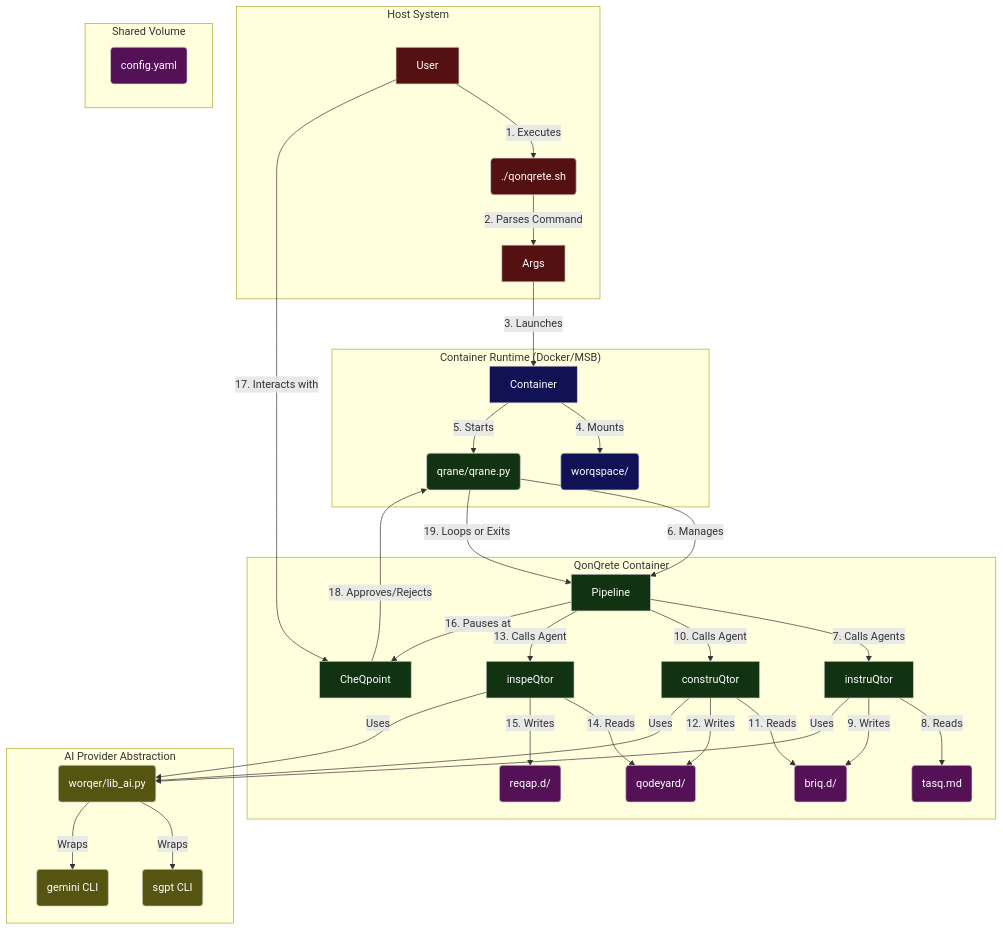
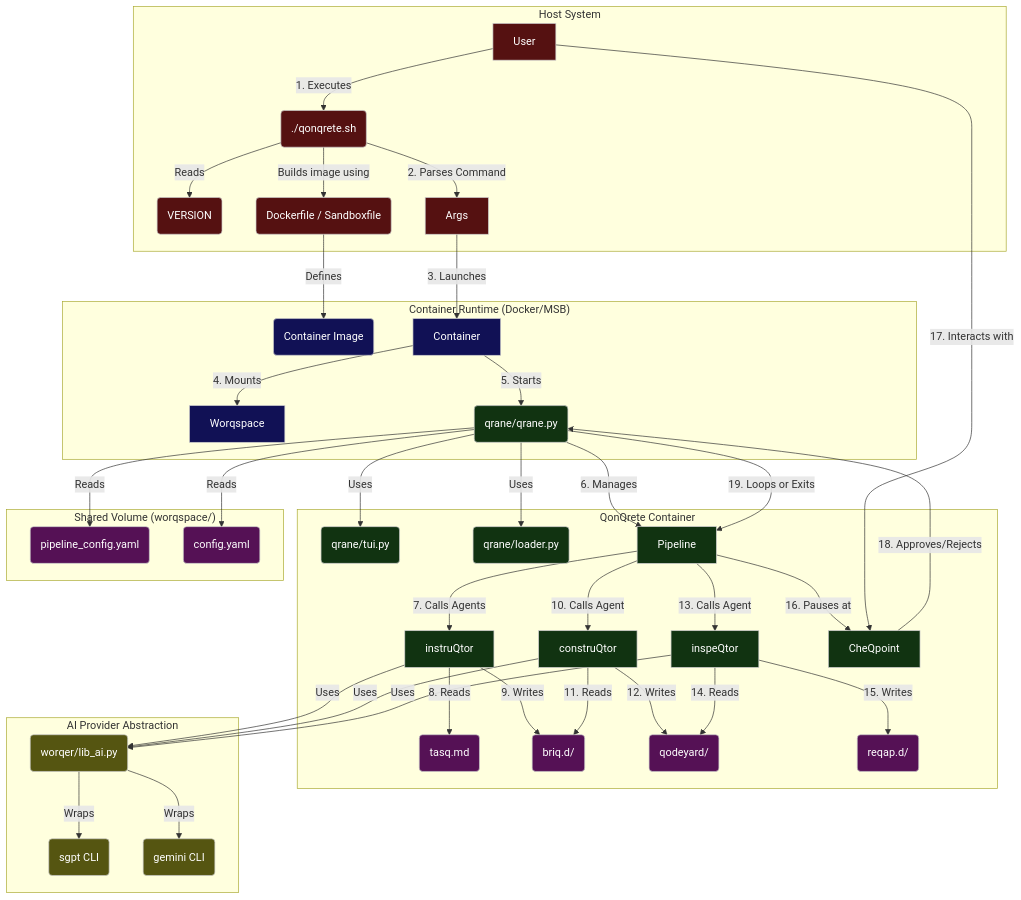
The diagram in ARCHITECTURE.md (illdynamics/qonqrete), drawn with Mermaid before and after one commit.

Commit message:
docs: Enhance architecture diagram with more detail

````diff
--- a/ARCHITECTURE.md
+++ b/ARCHITECTURE.md
@@ -5,61 +5,67 @@
 ```mermaid
 graph TD
     subgraph Host System
-        User -- 1. Executes --> Shell;
-        Shell(./qonqrete.sh) -- 2. Parses Command --> Args;
+        User -- 1. Executes --> Shell(./qonqrete.sh);
+        Shell -- Reads --> VersionFile(VERSION);
+        Shell -- Builds image using --> BuildFiles(Dockerfile / Sandboxfile);
+        Shell -- 2. Parses Command --> Args;
     end
 
     subgraph "Container Runtime (Docker/MSB)"
+        BuildFiles -- Defines --> Image(Container Image);
         Args -- 3. Launches --> Container;
         Container -- 4. Mounts --> Worqspace;
         Container -- 5. Starts --> Qrane;
     end
 
     subgraph "QonQrete Container"
-        Qrane(qrane/qrane.py) -- 6. Manages --> Pipeline;
+        Qrane(qrane/qrane.py) -- Uses --> TUI(qrane/tui.py);
+        Qrane -- Uses --> Loader(qrane/loader.py);
+        Qrane -- 6. Manages --> Pipeline;
         Pipeline -- 7. Calls Agents --> instruQtor;
         instruQtor -- 8. Reads --> TasQ;
         instruQtor -- 9. Writes --> BriQs;
         Pipeline -- 10. Calls Agent --> construQtor;
         construQtor -- 11. Reads --> BriQs;
         construQtor -- 12. Writes --> Qodeyard;
         Pipeline -- 13. Calls Agent --> inspeQtor;
         inspeQtor -- 14. Reads --> Qodeyard;
         inspeQtor -- 15. Writes --> ReQap;
         Pipeline -- 16. Pauses at --> CheQpoint;
     end
 
-    subgraph "Shared Volume"
-        Worqspace(worqspace/);
+    subgraph "Shared Volume (worqspace/)"
+        Worqspace;
+        Qrane -- Reads --> PConfig(pipeline_config.yaml);
+        Qrane -- Reads --> Config(config.yaml);
         TasQ(tasq.md);
         BriQs(briq.d/);
         Qodeyard(qodeyard/);
         ReQap(reqap.d/);
-        Config(config.yaml);
     end
 
     subgraph "AI Provider Abstraction"
         LibAI(worqer/lib_ai.py);
         instruQtor -- Uses --> LibAI;
         construQtor -- Uses --> LibAI;
         inspeQtor -- Uses --> LibAI;
         LibAI -- Wraps --> SGPT(sgpt CLI);
         LibAI -- Wraps --> Gemini(gemini CLI);
     end
 
     User -- 17. Interacts with --> CheQpoint;
     CheQpoint -- 18. Approves/Rejects --> Qrane;
     Qrane -- 19. Loops or Exits --> Pipeline;
 
     classDef host fill:#511,stroke:#ccc,color:#fff;
     classDef container fill:#115,stroke:#ccc,color:#fff;
     classDef qonqrete fill:#131,stroke:#ccc,color:#fff;
     classDef volume fill:#515,stroke:#ccc,color:#fff;
     classDef abstraction fill:#551,stroke:#ccc,color:#fff;
 
-    class User,Shell,Args host;
-    class Container,Worqspace container;
-    class Qrane,Pipeline,instruQtor,construQtor,inspeQtor,CheQpoint qonqrete;
-    class TasQ,BriQs,Qodeyard,ReQap,Config volume;
+    class User,Shell,Args,VersionFile,BuildFiles host;
+    class Container,Worqspace,Image container;
+    class Qrane,Pipeline,instruQtor,construQtor,inspeQtor,CheQpoint,TUI,Loader qonqrete;
+    class TasQ,BriQs,Qodeyard,ReQap,Config,PConfig volume;
     class LibAI,SGPT,Gemini abstraction;
 ```
````
